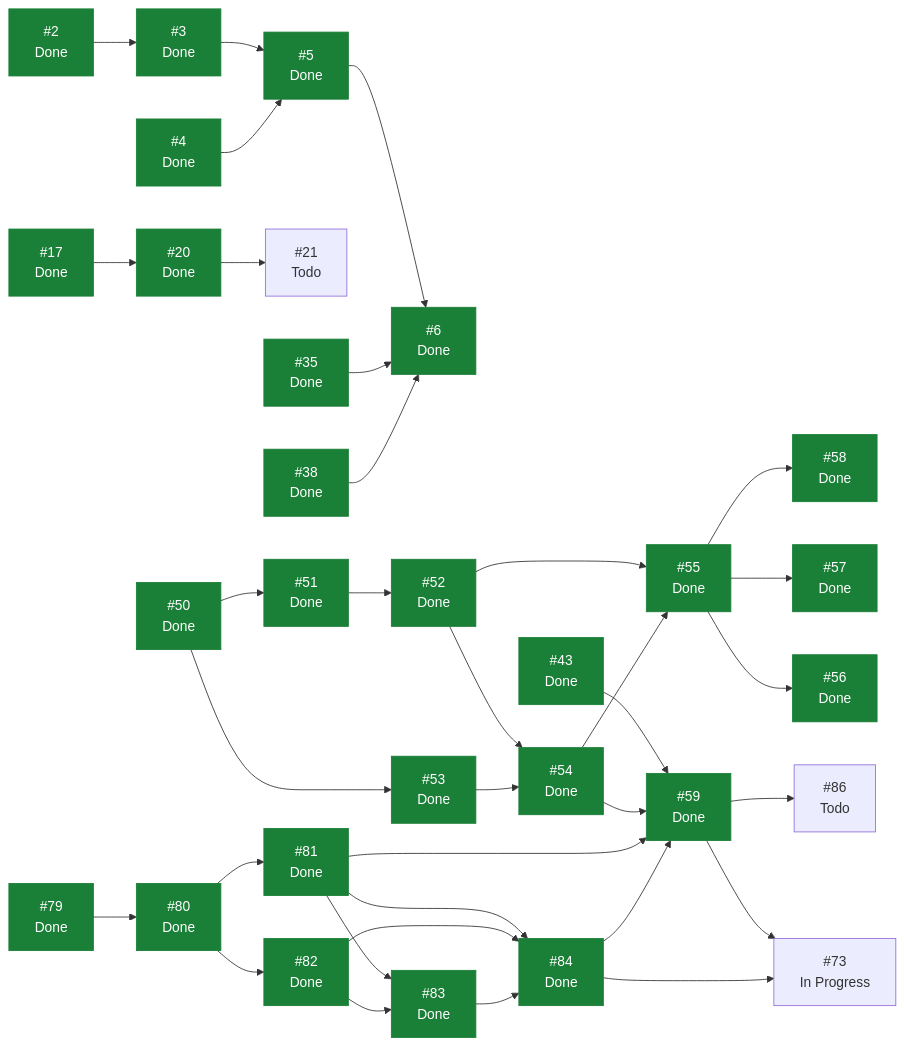
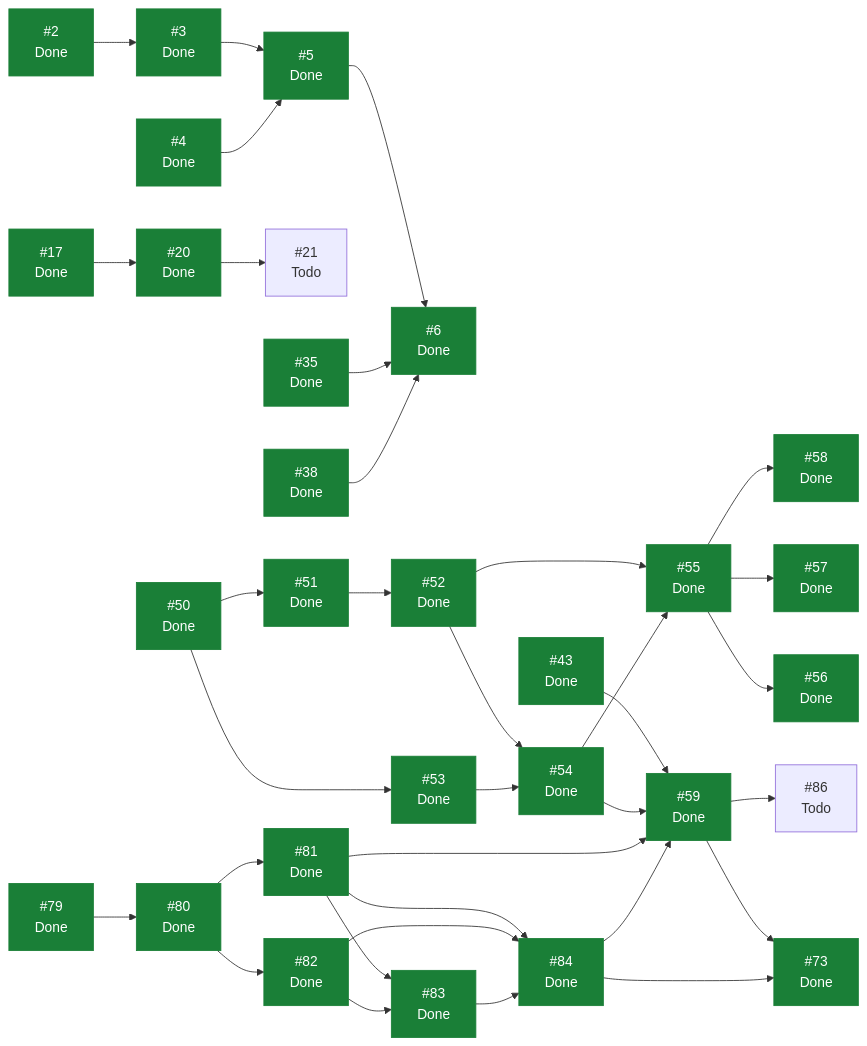
The diagram in docs/planning/STATUS.md (ecamp0s/evault), drawn with Mermaid before and after one commit. The commit also changed other lines of this file, not shown here.

````diff
--- a/docs/planning/STATUS.md
+++ b/docs/planning/STATUS.md
@@ -103,67 +102,67 @@
 ```mermaid
 graph LR
   I2["#2<br/>Done"]
   I3["#3<br/>Done"]
   I4["#4<br/>Done"]
   I5["#5<br/>Done"]
   I6["#6<br/>Done"]
   I17["#17<br/>Done"]
   I20["#20<br/>Done"]
   I21["#21<br/>Todo"]
   I35["#35<br/>Done"]
   I38["#38<br/>Done"]
   I43["#43<br/>Done"]
   I50["#50<br/>Done"]
   I51["#51<br/>Done"]
   I52["#52<br/>Done"]
   I53["#53<br/>Done"]
   I54["#54<br/>Done"]
   I55["#55<br/>Done"]
   I56["#56<br/>Done"]
   I57["#57<br/>Done"]
   I58["#58<br/>Done"]
   I59["#59<br/>Done"]
-  I73["#73<br/>In Progress"]
+  I73["#73<br/>Done"]
   I79["#79<br/>Done"]
   I80["#80<br/>Done"]
   I81["#81<br/>Done"]
   I82["#82<br/>Done"]
   I83["#83<br/>Done"]
   I84["#84<br/>Done"]
   I86["#86<br/>Todo"]
   I2 --> I3
   I3 --> I5
   I4 --> I5
   I5 --> I6
   I17 --> I20
   I20 --> I21
   I35 --> I6
   I38 --> I6
   I43 --> I59
   I50 --> I51
   I50 --> I53
   I51 --> I52
   I52 --> I54
   I52 --> I55
   I53 --> I54
   I54 --> I55
   I54 --> I59
   I55 --> I56
   I55 --> I57
   I55 --> I58
   I59 --> I73
   I59 --> I86
   I79 --> I80
   I80 --> I81
   I80 --> I82
   I81 --> I59
   I81 --> I83
   I81 --> I84
   I82 --> I83
   I82 --> I84
   I83 --> I84
   I84 --> I59
   I84 --> I73
   classDef hecho fill:#1a7f37,stroke:#1a7f37,color:#fff;
-  class I2,I3,I4,I5,I6,I17,I20,I35,I38,I43,I50,I51,I52,I53,I54,I55,I56,I57,I58,I59,I79,I80,I81,I82,I83,I84 hecho;
+  class I2,I3,I4,I5,I6,I17,I20,I35,I38,I43,I50,I51,I52,I53,I54,I55,I56,I57,I58,I59,I73,I79,I80,I81,I82,I83,I84 hecho;
 ```
````
